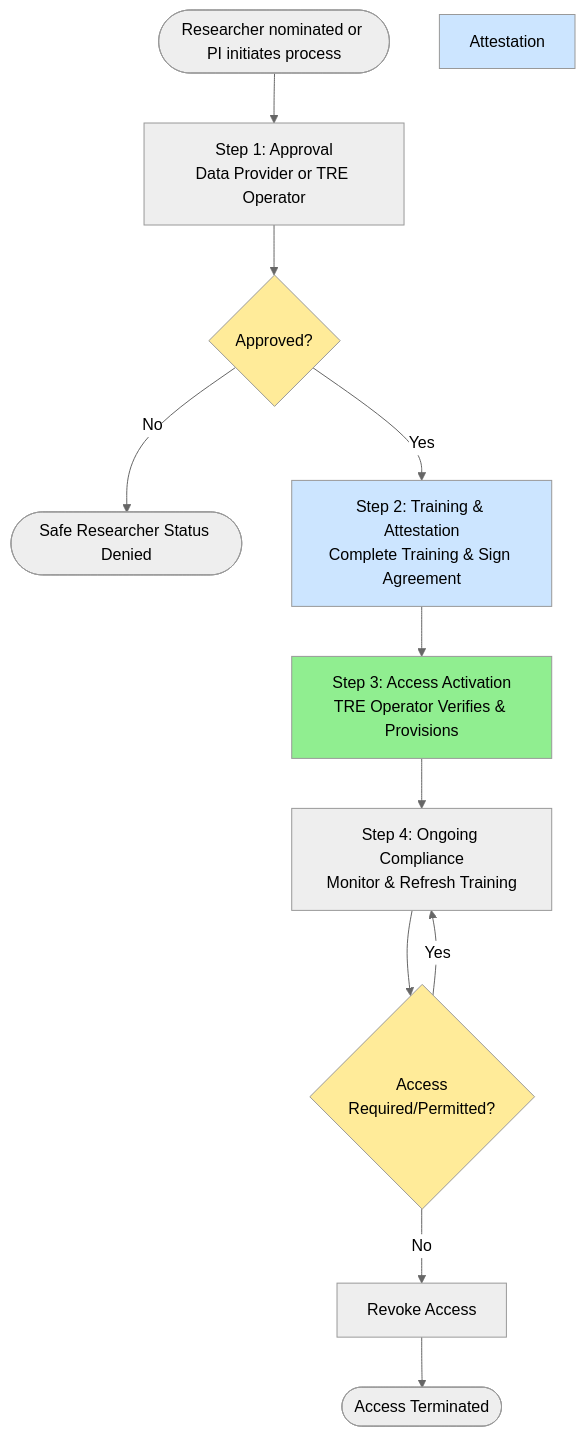
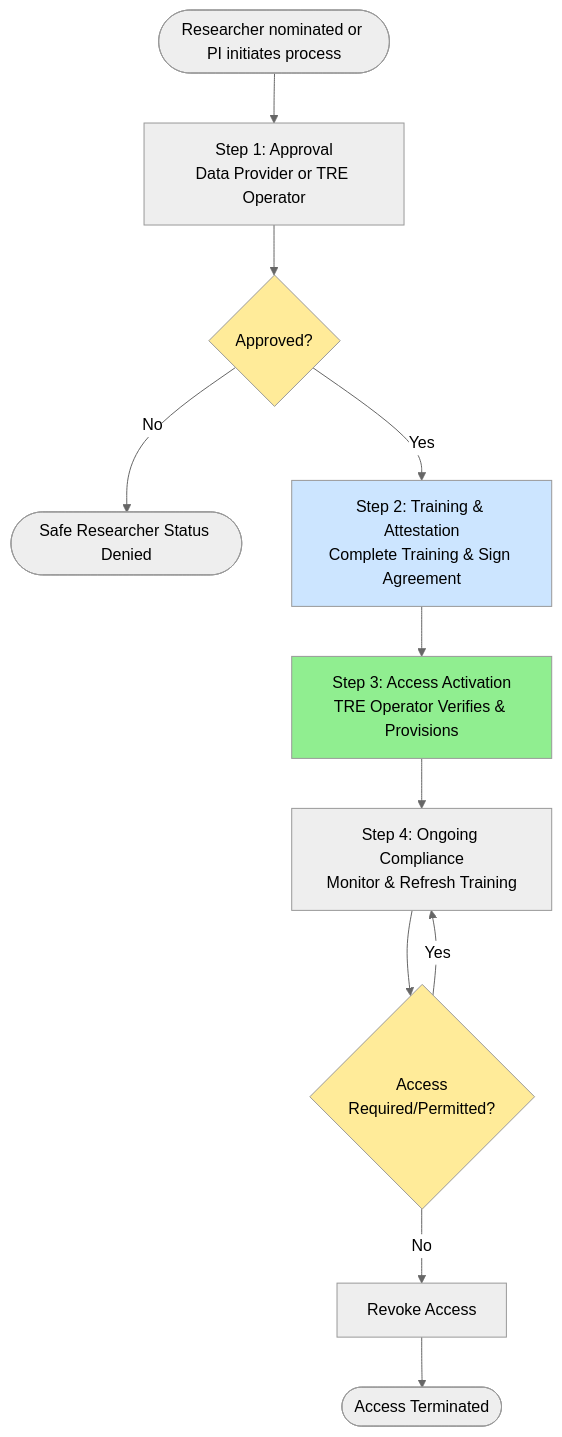
Before and after one commit to UCL-ARC/FRIDGE-GOV: the diagram in docs/FRIDGE_Safe_Researcher_Process.md, drawn with Mermaid (neutral theme). The commit also changed other lines of this file and 4 other files, not shown here.

Commit message:
moved process flows and cleaned up a bit

````diff
--- a/docs/FRIDGE_Safe_Researcher_Process.md
+++ b/docs/FRIDGE_Safe_Researcher_Process.md
@@ -102,26 +15,25 @@
 ```mermaid
 graph TD
     Start([Researcher nominated or PI initiates process]) --> Approval[Step 1: Approval<br/>Data Provider or TRE Operator]
     
     Approval --> Decision{Approved?}
     
     Decision -->|No| End1([Safe Researcher Status Denied])
     Decision -->|Yes| Training[Step 2: Training & Attestation<br/>Complete Training & Sign Agreement]
     
     Training --> Access[Step 3: Access Activation<br/>TRE Operator Verifies & Provisions]
     
     Access --> Research[Step 4: Ongoing Compliance<br/>Monitor & Refresh Training]
     
     Research --> Continue{Access<br/>Required/Permitted?}
     
     Continue -->|Yes| Research
     Continue -->|No| Revoke[Revoke Access]
     
     Revoke --> End2([Access Terminated])
     
     style Decision fill:#ffeb99
     style Continue fill:#ffeb99
     style Training fill:#cce5ff
-    style Attestation fill:#cce5ff
     style Access fill:#90EE90
 ```
````
